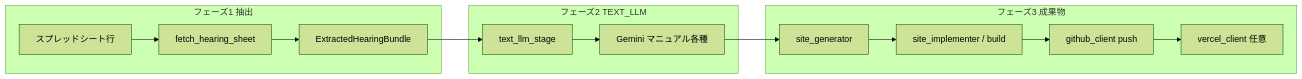
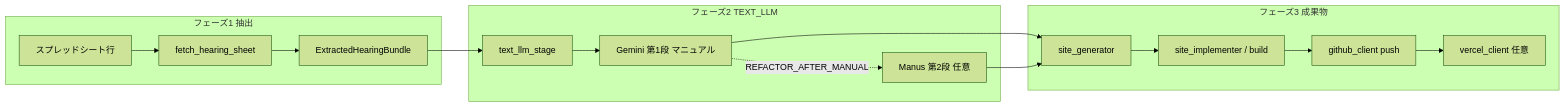
One commit to pro-webc/mac-mini-bot changed the diagram in README.md. Above: the diagram before and after it, drawn with Mermaid (forest theme). The commit also changed other lines of this file and 12 other files, not shown here.

````diff
--- a/README.md
+++ b/README.md
@@ -21,21 +32,25 @@
 ```mermaid
 flowchart LR
   subgraph extract [フェーズ1 抽出]
     S[スプレッドシート行]
     H[fetch_hearing_sheet]
     B[ExtractedHearingBundle]
     S --> H --> B
   end
   subgraph llm [フェーズ2 TEXT_LLM]
     T[text_llm_stage]
-    G2[Gemini マニュアル各種]
+    G2[Gemini 第1段 マニュアル]
+    M2[Manus 第2段 任意]
     B --> T --> G2
+    G2 -.->|REFACTOR_AFTER_MANUAL| M2
   end
   subgraph build [フェーズ3 成果物]
     G[site_generator]
     I[site_implementer / build]
     P[github_client push]
     V[vercel_client 任意]
-    G2 --> G --> I --> P --> V
+    G2 --> G
+    M2 --> G
+    G --> I --> P --> V
   end
 ```
````
